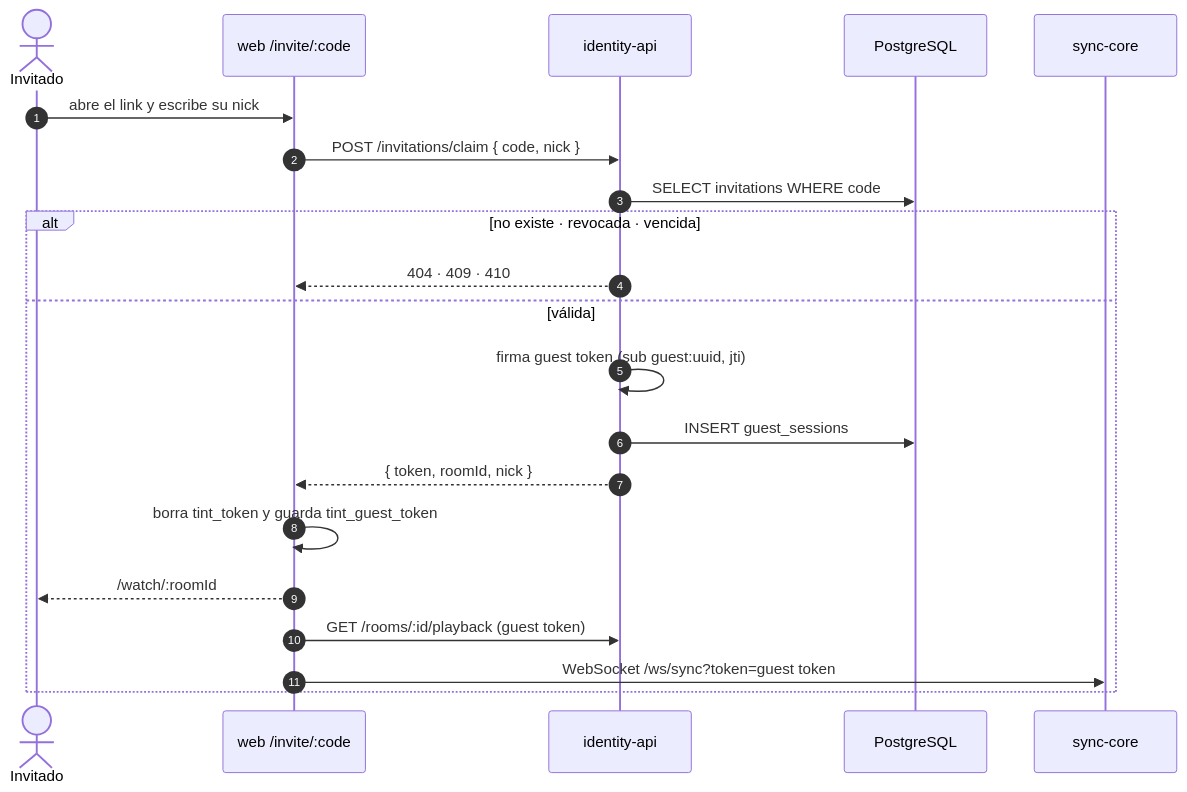
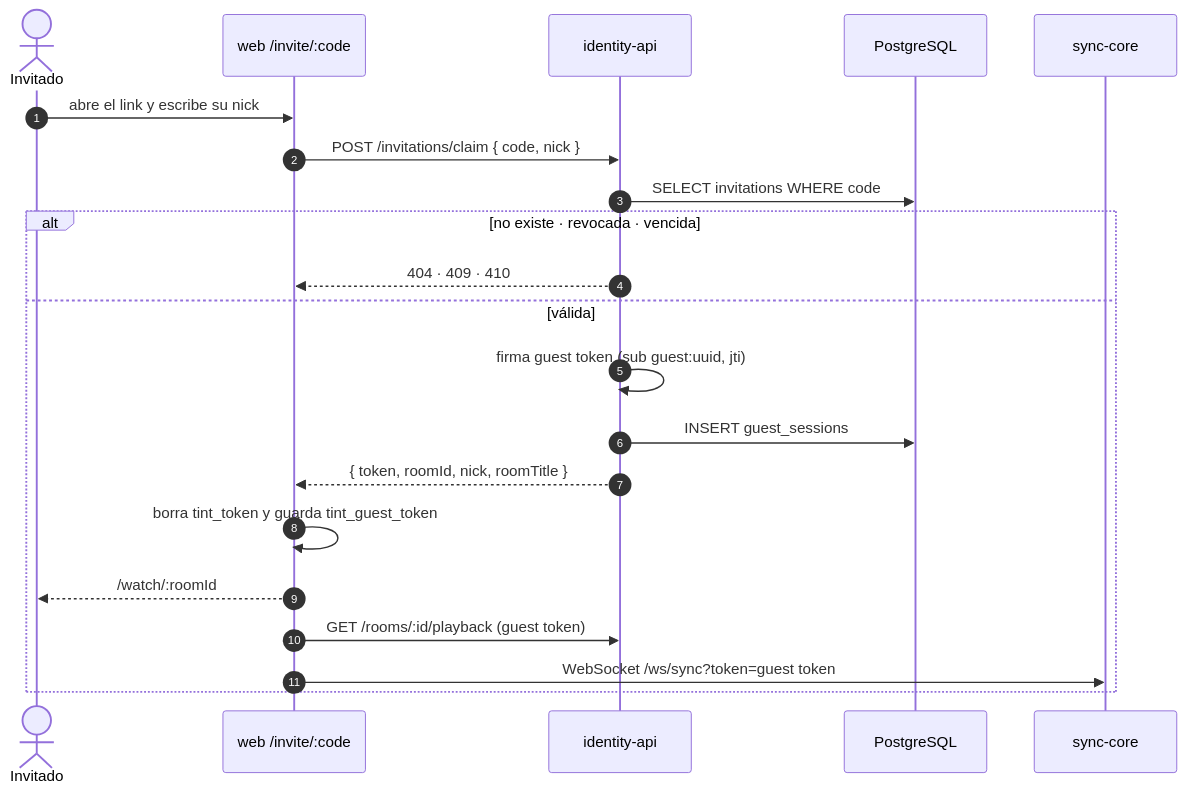
The sixth of 9 diagrams in docs/usuarios-e-identidad.md (N1ghtlyC0de/TINT), drawn with Mermaid before and after one commit. The commit also changed other lines of this file and 5 other files, not shown here.

First line of the commit message:
docs: flujo completo de vídeo, C4, Redis y ERD de todas las tablas

````diff
--- a/docs/usuarios-e-identidad.md
+++ b/docs/usuarios-e-identidad.md
@@ -266,24 +285,24 @@
 ```mermaid
 sequenceDiagram
     autonumber
     actor I as Invitado
     participant W as web /invite/:code
     participant API as identity-api
     participant PG as PostgreSQL
     participant SC as sync-core
 
     I->>W: abre el link y escribe su nick
     W->>API: POST /invitations/claim { code, nick }
     API->>PG: SELECT invitations WHERE code
     alt no existe · revocada · vencida
         API-->>W: 404 · 409 · 410
     else válida
         API->>API: firma guest token (sub guest:uuid, jti)
         API->>PG: INSERT guest_sessions
-        API-->>W: { token, roomId, nick }
+        API-->>W: { token, roomId, nick, roomTitle }
         W->>W: borra tint_token y guarda tint_guest_token
         W-->>I: /watch/:roomId
         W->>API: GET /rooms/:id/playback (guest token)
         W->>SC: WebSocket /ws/sync?token=guest token
     end
 ```
````
